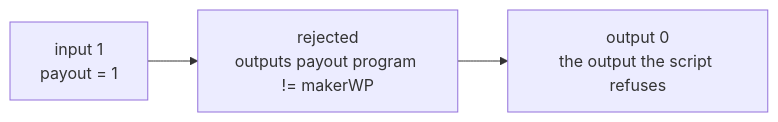
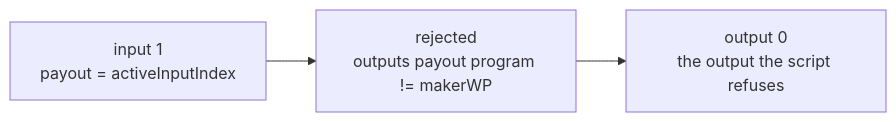
The third of 4 diagrams in README.md (ArkLabsHQ/arkade-standing-match), drawn with Mermaid before and after one commit. The commit also changed other lines of this file and 3 other files, not shown here.

````diff
--- a/README.md
+++ b/README.md
@@ -35,5 +35,5 @@
 ```mermaid
 flowchart LR
-  input1["input 1<br/>payout = 1"] --> tx["rejected<br/>outputs payout program != makerWP"]
+  input1["input 1<br/>payout = activeInputIndex"] --> tx["rejected<br/>outputs payout program != makerWP"]
   tx --> wrong["output 0<br/>the output the script refuses"]
 ```
````
